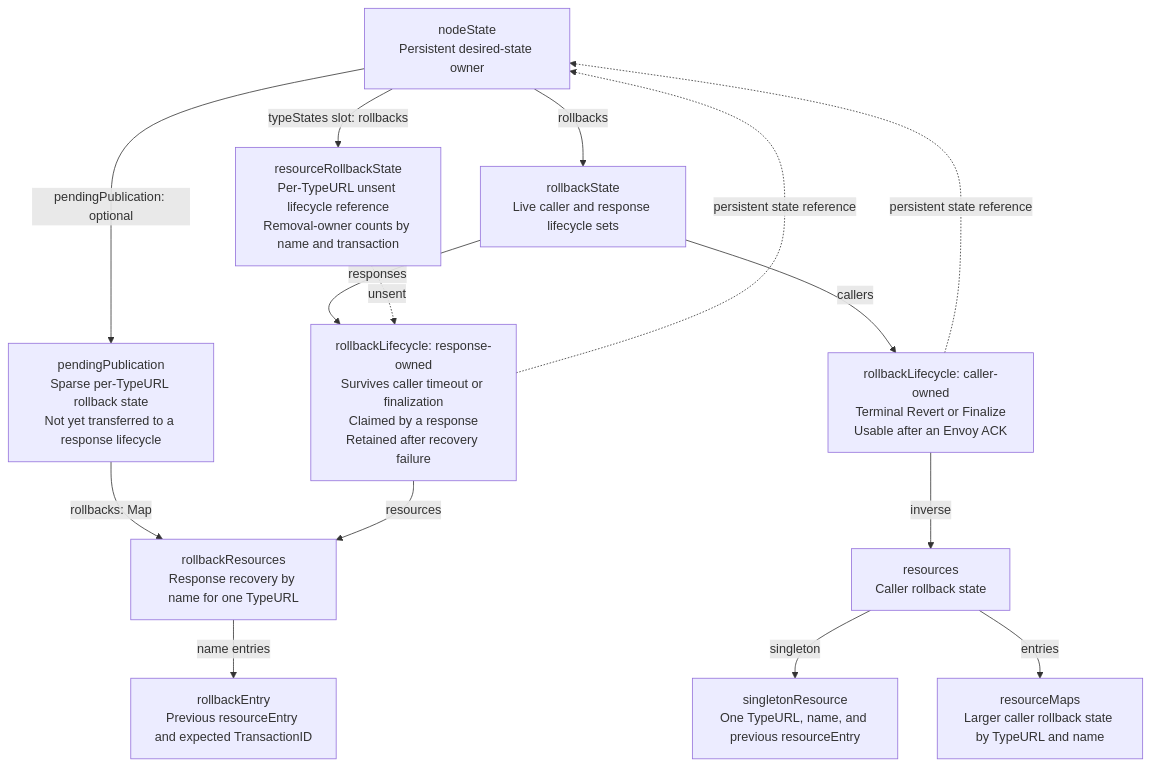
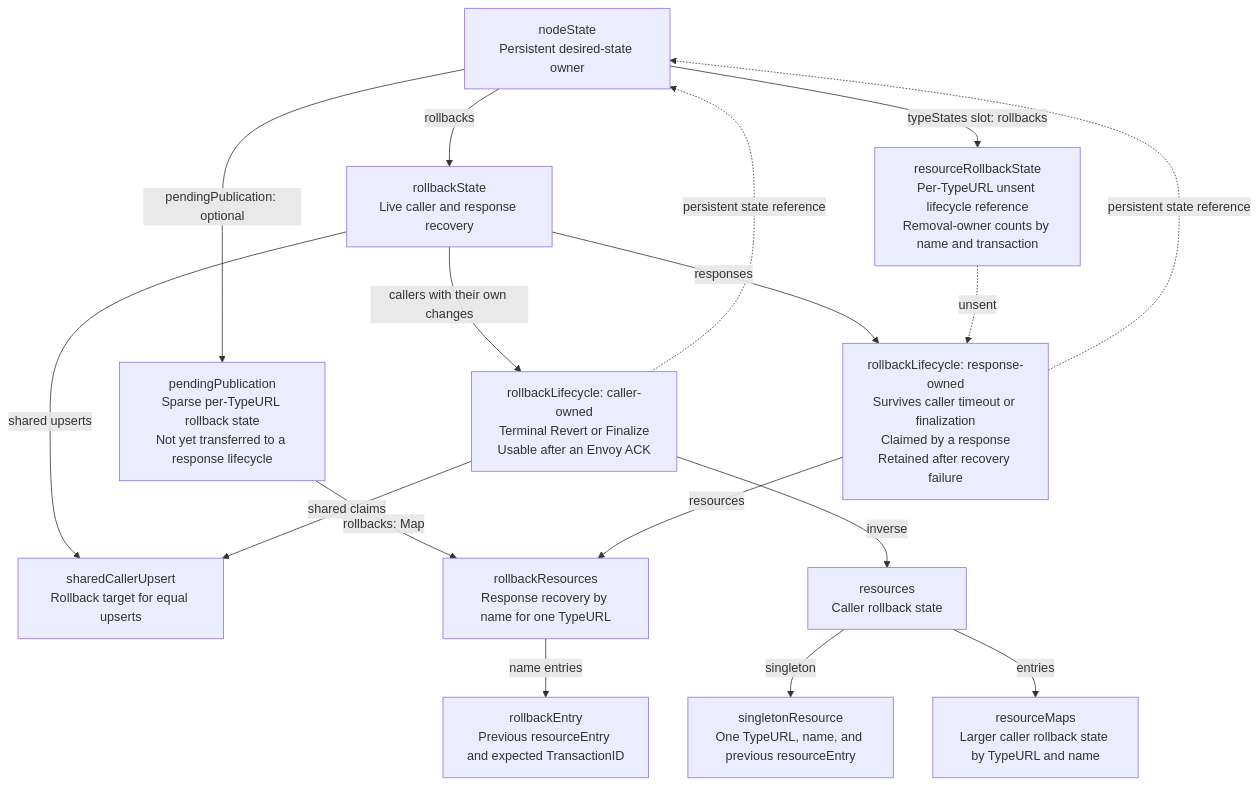
The fourth of 4 diagrams in pkg/envoy/xdsnew/design.md (cilium/cilium), drawn with Mermaid before and after one commit. The commit also changed other lines of this file and 12 other files, not shown here.

First line of the commit message:
envoy: protect reused resources from earlier caller rollback

````diff
--- a/pkg/envoy/xdsnew/design.md
+++ b/pkg/envoy/xdsnew/design.md
@@ -409,29 +417,32 @@
 ```mermaid
 flowchart TD
     node["nodeState<br/>Persistent desired-state owner"]
-    state["rollbackState<br/>Live caller and response lifecycle sets"]
+    state["rollbackState<br/>Live caller and response recovery"]
     caller["rollbackLifecycle: caller-owned<br/>Terminal Revert or Finalize<br/>Usable after an Envoy ACK"]
     response["rollbackLifecycle: response-owned<br/>Survives caller timeout or finalization<br/>Claimed by a response<br/>Retained after recovery failure"]
+    shared["sharedCallerUpsert<br/>Rollback target for equal upserts"]
     inverse["resources<br/>Caller rollback state"]
     singleton["singletonResource<br/>One TypeURL, name, and previous resourceEntry"]
     maps["resourceMaps<br/>Larger caller rollback state by TypeURL and name"]
     resources["rollbackResources<br/>Response recovery by name for one TypeURL"]
     entry["rollbackEntry<br/>Previous resourceEntry and expected TransactionID"]
     types["resourceRollbackState<br/>Per-TypeURL unsent lifecycle reference<br/>Removal-owner counts by name and transaction"]
     pending["pendingPublication<br/>Sparse per-TypeURL rollback state<br/>Not yet transferred to a response lifecycle"]
 
     node -->|pendingPublication: optional| pending
     pending -->|rollbacks: Map| resources
     node -->|rollbacks| state
-    state -->|callers| caller
+    state -->|callers with their own changes| caller
+    state -->|shared upserts| shared
     state -->|responses| response
     caller -.->|persistent state reference| node
     response -.->|persistent state reference| node
+    caller -->|shared claims| shared
     caller -->|inverse| inverse
     inverse -->|singleton| singleton
     inverse -->|entries| maps
     response -->|resources| resources
     resources -->|name entries| entry
     node -->|typeStates slot: rollbacks| types
     types -.->|unsent| response
 ```
````
